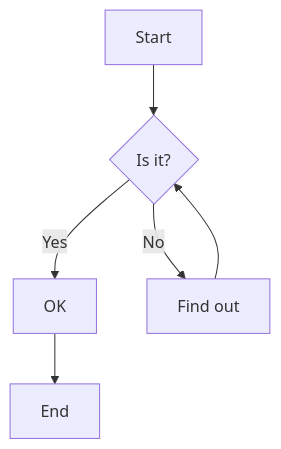
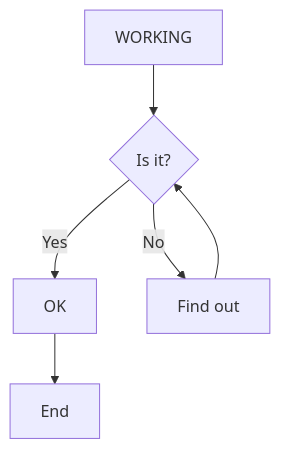
The diagram in mermaid/example.mmd (Skreen5hot/vanilla), drawn with Mermaid before and after one commit.

```diff
--- a/mermaid/example.mmd
+++ b/mermaid/example.mmd
@@ -1,6 +1,6 @@
 graph TD
-    A[Start] --> B{Is it?};
+    A[WORKING] --> B{Is it?};
     B -- Yes --> C[OK];
     C --> D[End];
     B -- No --> E[Find out];
     E --> B;
```
